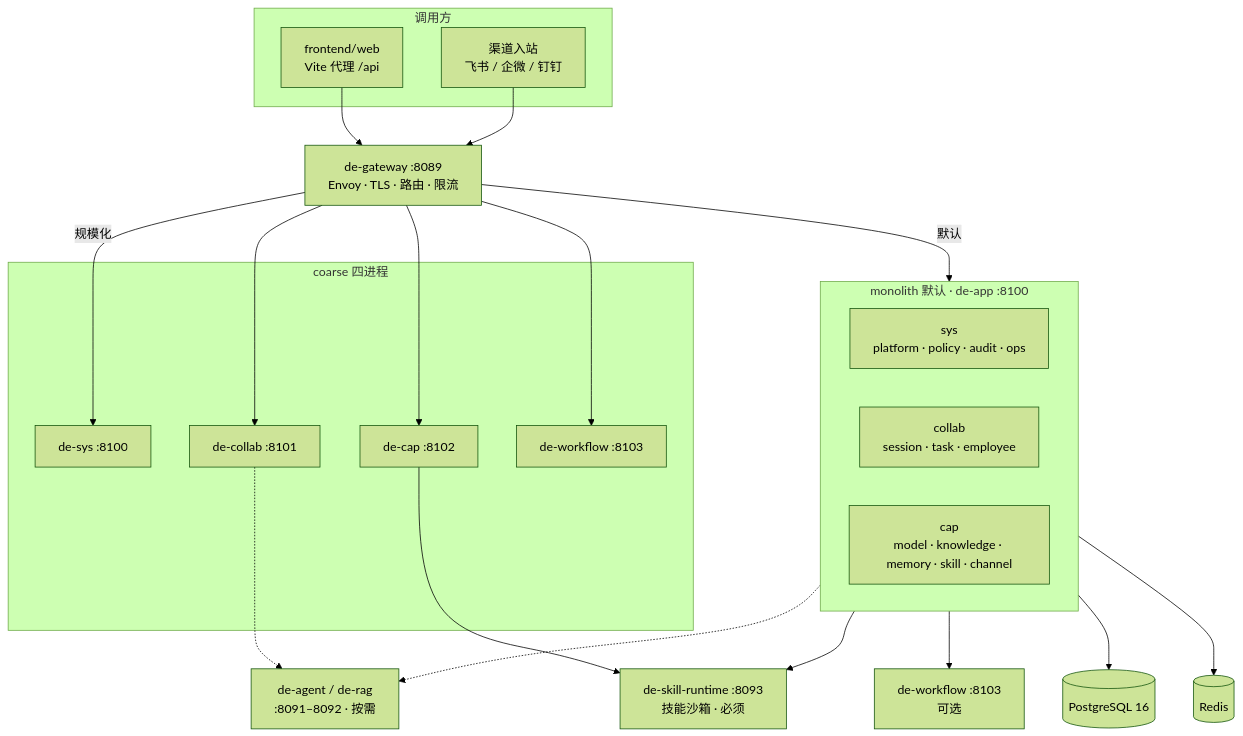
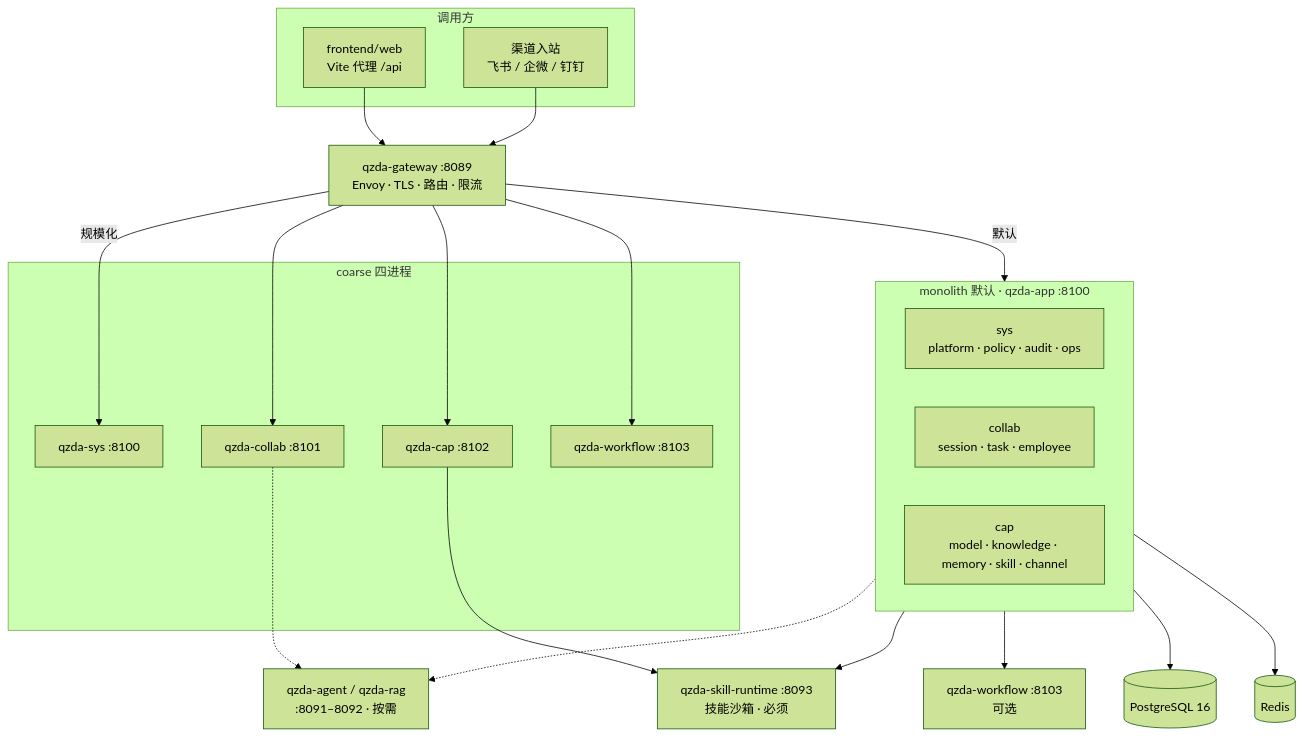
Before and after one commit to Lianjifu/QiZhiDaPartnerPlatform: the first of 3 diagrams in backend/README.md, drawn with Mermaid (forest theme). The commit also changed other lines of this file and 245 other files, not shown here.

````diff
--- a/backend/README.md
+++ b/backend/README.md
@@ -46,45 +46,45 @@
 ```mermaid
 flowchart TB
   subgraph Clients["调用方"]
     FE["frontend/web<br/>Vite 代理 /api"]
     CH["渠道入站<br/>飞书 / 企微 / 钉钉"]
   end
 
-  GW["de-gateway :8089<br/>Envoy · TLS · 路由 · 限流"]
+  GW["qzda-gateway :8089<br/>Envoy · TLS · 路由 · 限流"]
 
   FE --> GW
   CH --> GW
 
-  subgraph Mono["monolith 默认 · de-app :8100"]
+  subgraph Mono["monolith 默认 · qzda-app :8100"]
     SYS["sys<br/>platform · policy · audit · ops"]
     COL["collab<br/>session · task · employee"]
     CAP["cap<br/>model · knowledge · memory · skill · channel"]
   end
 
   subgraph Coarse["coarse 四进程"]
-    S1["de-sys :8100"]
-    S2["de-collab :8101"]
-    S3["de-cap :8102"]
-    S4["de-workflow :8103"]
+    S1["qzda-sys :8100"]
+    S2["qzda-collab :8101"]
+    S3["qzda-cap :8102"]
+    S4["qzda-workflow :8103"]
   end
 
-  SK["de-skill-runtime :8093<br/>技能沙箱 · 必须"]
-  WF["de-workflow :8103<br/>可选"]
-  AI["de-agent / de-rag<br/>:8091–8092 · 按需"]
+  SK["qzda-skill-runtime :8093<br/>技能沙箱 · 必须"]
+  WF["qzda-workflow :8103<br/>可选"]
+  AI["qzda-agent / qzda-rag<br/>:8091–8092 · 按需"]
   PG[(PostgreSQL 16)]
   RD[(Redis)]
 
   GW -->|"默认"| Mono
   GW -->|"规模化"| S1
   GW --> S2
   GW --> S3
   GW --> S4
 
   Mono --> SK
   Mono --> WF
   Mono -.-> AI
   Mono --> PG
   Mono --> RD
   S3 --> SK
   S2 -.-> AI
 ```
````
